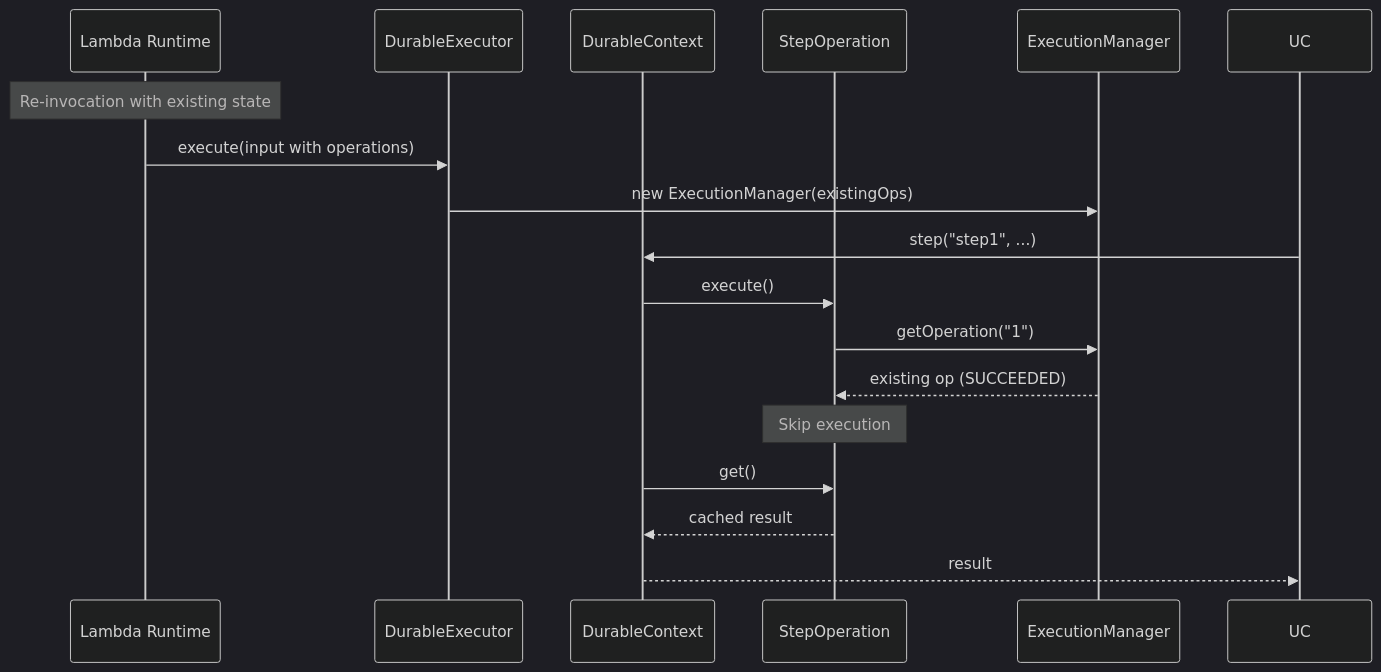
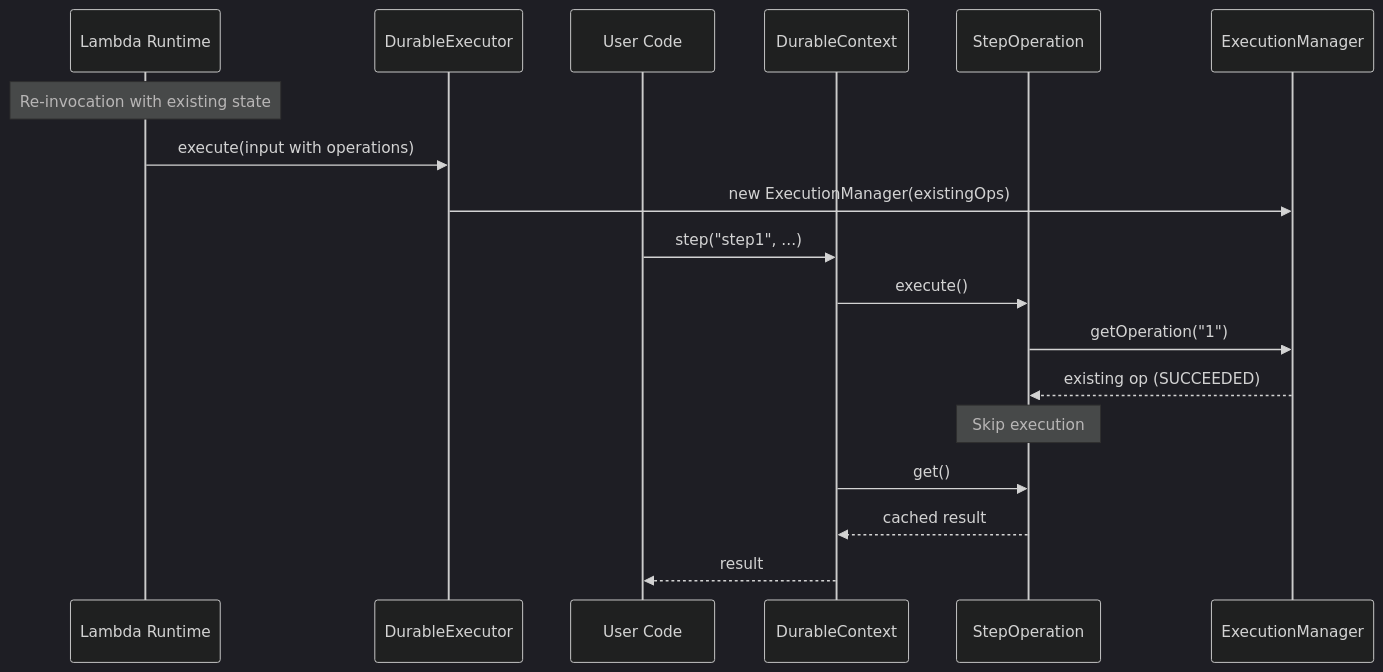
Before and after one commit to aws/aws-durable-execution-sdk-java: the second of 3 diagrams in docs/internal-design.md, drawn with Mermaid (dark theme). The commit also changed other lines of this file and 3 other files, not shown here.

````diff
--- a/docs/internal-design.md
+++ b/docs/internal-design.md
@@ -249,22 +225,23 @@
 ```mermaid
 sequenceDiagram
     participant LR as Lambda Runtime
     participant DE as DurableExecutor
+    participant UC as User Code
     participant DC as DurableContext
     participant SO as StepOperation
     participant EM as ExecutionManager
 
     Note over LR: Re-invocation with existing state
     
     LR->>DE: execute(input with operations)
     DE->>EM: new ExecutionManager(existingOps)
     
     UC->>DC: step("step1", ...)
     DC->>SO: execute()
     SO->>EM: getOperation("1")
     EM-->>SO: existing op (SUCCEEDED)
     Note over SO: Skip execution
     DC->>SO: get()
     SO-->>DC: cached result
     DC-->>UC: result
 ```
````
